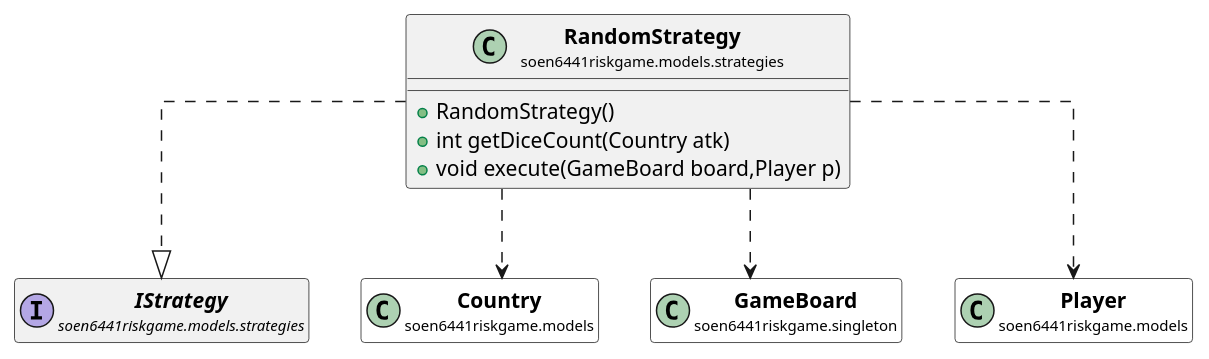
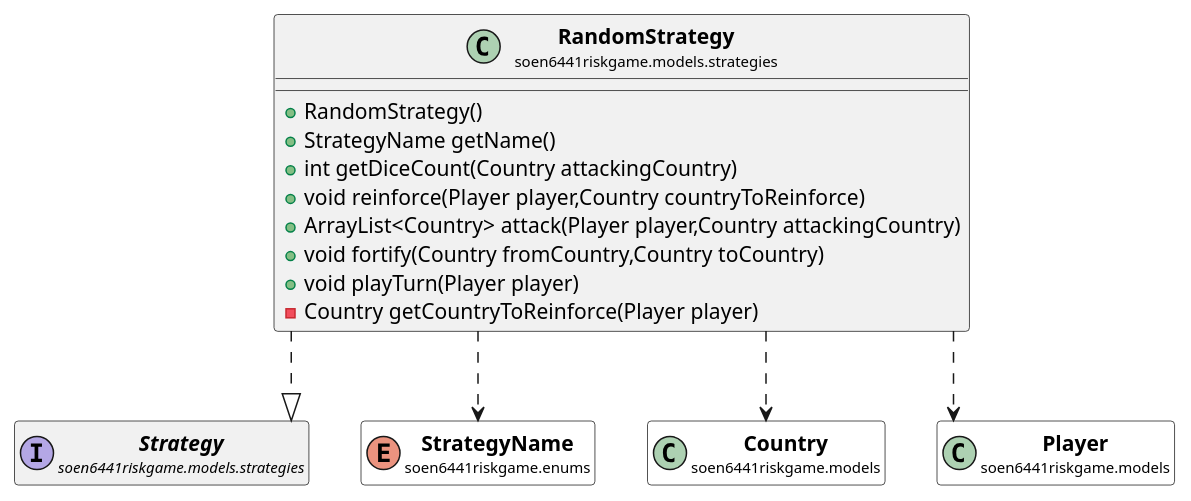
One commit to huntertran/soen6441-riskgame changed the diagram in docs/javadocs/soen6441riskgame/models/strategies/RandomStrategy.puml. Above: the diagram before and after it, drawn with PlantUML. The commit also changed 196 other files, not shown here.

```diff
--- a/docs/javadocs/soen6441riskgame/models/strategies/RandomStrategy.puml
+++ b/docs/javadocs/soen6441riskgame/models/strategies/RandomStrategy.puml
@@ -1,46 +1,52 @@
 @startuml
 
 skinparam svgLinkTarget _parent
 skinparam linetype ortho
 set namespaceSeparator none
 class "<b><size:14>RandomStrategy</b>\n<size:10>soen6441riskgame.models.strategies" as soen6441riskgame.models.strategies.RandomStrategy  [[../../../soen6441riskgame/models/strategies/RandomStrategy.html{soen6441riskgame.models.strategies.RandomStrategy}]] {
 +RandomStrategy()
-+int getDiceCount(Country atk)
-+void execute(GameBoard board,Player p)
++StrategyName getName()
++int getDiceCount(Country attackingCountry)
++void reinforce(Player player,Country countryToReinforce)
++ArrayList<Country> attack(Player player,Country attackingCountry)
++void fortify(Country fromCountry,Country toCountry)
++void playTurn(Player player)
+-Country getCountryToReinforce(Player player)
 }
 
 
-interface "<b><size:14>IStrategy</b>\n<size:10>soen6441riskgame.models.strategies" as soen6441riskgame.models.strategies.IStrategy  [[../../../soen6441riskgame/models/strategies/IStrategy.html{soen6441riskgame.models.strategies.IStrategy}]] {
+interface "<b><size:14>Strategy</b>\n<size:10>soen6441riskgame.models.strategies" as soen6441riskgame.models.strategies.Strategy  [[../../../soen6441riskgame/models/strategies/Strategy.html{soen6441riskgame.models.strategies.Strategy}]] {
 }
 
-hide soen6441riskgame.models.strategies.IStrategy fields
-hide soen6441riskgame.models.strategies.IStrategy methods
+hide soen6441riskgame.models.strategies.Strategy fields
+hide soen6441riskgame.models.strategies.Strategy methods
 
-soen6441riskgame.models.strategies.RandomStrategy ..|> soen6441riskgame.models.strategies.IStrategy
+soen6441riskgame.models.strategies.RandomStrategy ..|> soen6441riskgame.models.strategies.Strategy
+
+enum "<b><size:14>StrategyName</b>\n<size:10>soen6441riskgame.enums" as soen6441riskgame.enums.StrategyName  [[../../../soen6441riskgame/enums/StrategyName.html{soen6441riskgame.enums.StrategyName}]] #white {
+}
+
+hide soen6441riskgame.enums.StrategyName fields
+hide soen6441riskgame.enums.StrategyName methods
+
+soen6441riskgame.models.strategies.RandomStrategy ..> soen6441riskgame.enums.StrategyName
 
 class "<b><size:14>Country</b>\n<size:10>soen6441riskgame.models" as soen6441riskgame.models.Country  [[../../../soen6441riskgame/models/Country.html{soen6441riskgame.models.Country}]] #white {
 }
 
 hide soen6441riskgame.models.Country fields
 hide soen6441riskgame.models.Country methods
 
 soen6441riskgame.models.strategies.RandomStrategy ..> soen6441riskgame.models.Country
-
-class "<b><size:14>GameBoard</b>\n<size:10>soen6441riskgame.singleton" as soen6441riskgame.singleton.GameBoard  [[../../../soen6441riskgame/singleton/GameBoard.html{soen6441riskgame.singleton.GameBoard}]] #white {
-}
-
-hide soen6441riskgame.singleton.GameBoard fields
-hide soen6441riskgame.singleton.GameBoard methods
-
-soen6441riskgame.models.strategies.RandomStrategy ..> soen6441riskgame.singleton.GameBoard
 
 class "<b><size:14>Player</b>\n<size:10>soen6441riskgame.models" as soen6441riskgame.models.Player  [[../../../soen6441riskgame/models/Player.html{soen6441riskgame.models.Player}]] #white {
 }
 
 hide soen6441riskgame.models.Player fields
 hide soen6441riskgame.models.Player methods
 
 soen6441riskgame.models.strategies.RandomStrategy ..> soen6441riskgame.models.Player
 
 
+
 @enduml
```
